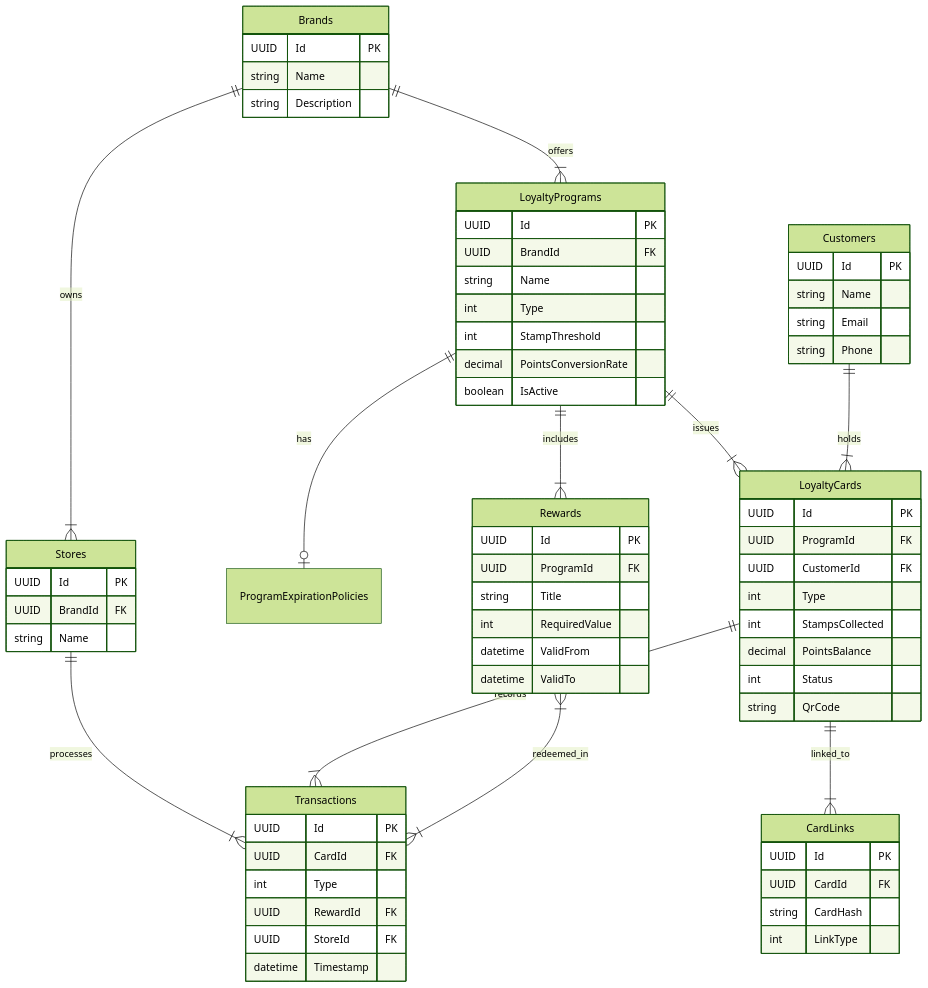
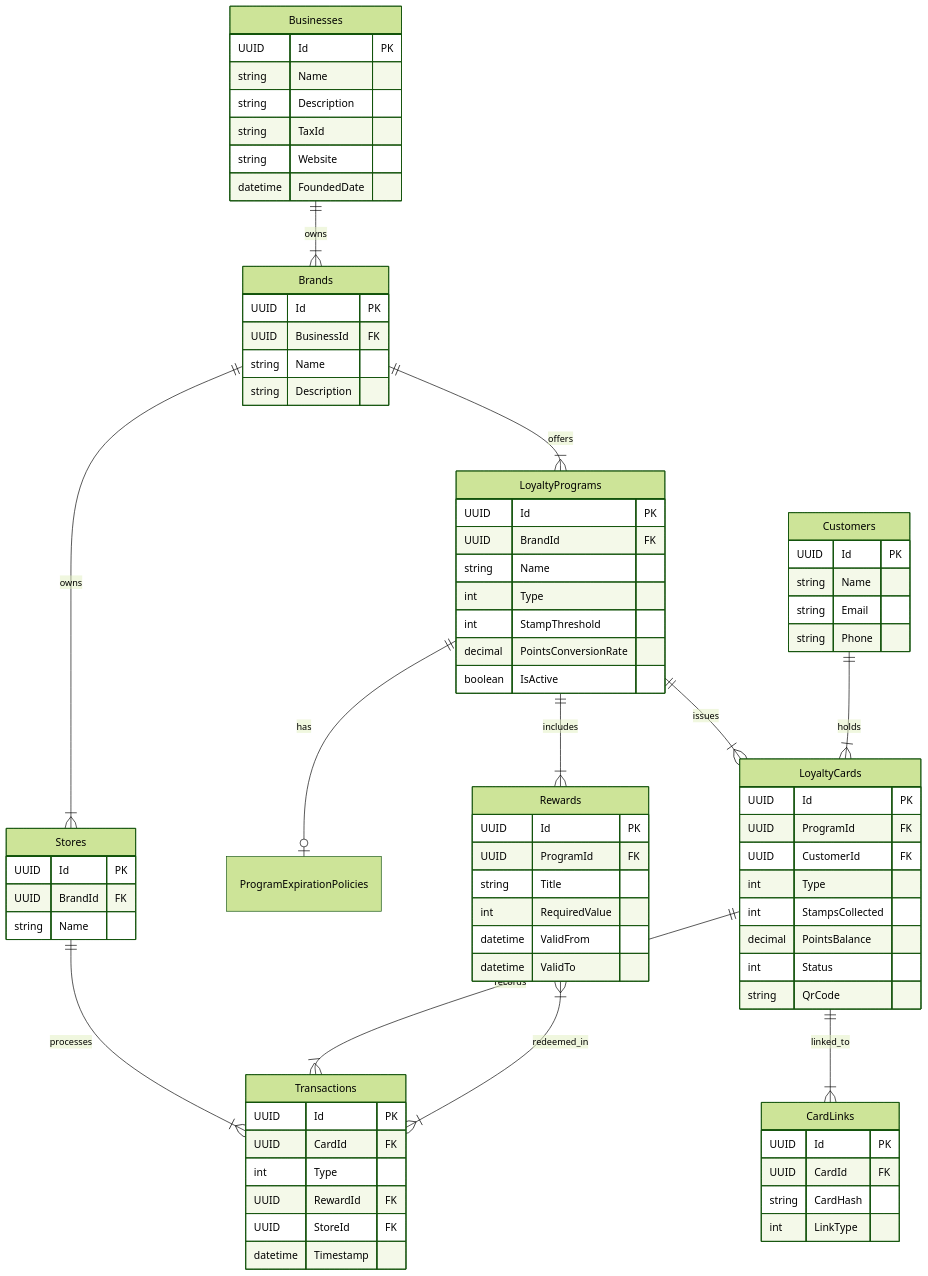
Before and after one commit to ryangillooly/LoyaltySystem: the diagram in temp/loyalty_system_erd_compact.md, drawn with Mermaid (forest theme). The commit also changed 44 other files, not shown here.

````diff
--- a/temp/loyalty_system_erd_compact.md
+++ b/temp/loyalty_system_erd_compact.md
@@ -1,5 +1,6 @@
 ```mermaid
 erDiagram
+    Businesses ||--|{ Brands : owns
     Brands ||--|{ Stores : owns
     Brands ||--|{ LoyaltyPrograms : offers
     Stores ||--|{ Transactions : processes
@@ -15,8 +16,18 @@
     
     Rewards }|--|{ Transactions : redeemed_in
 
+    Businesses {
+        UUID Id PK
+        string Name
+        string Description
+        string TaxId
+        string Website
+        datetime FoundedDate
+    }
+    
     Brands {
         UUID Id PK
+        UUID BusinessId FK
         string Name
         string Description
     }
````
